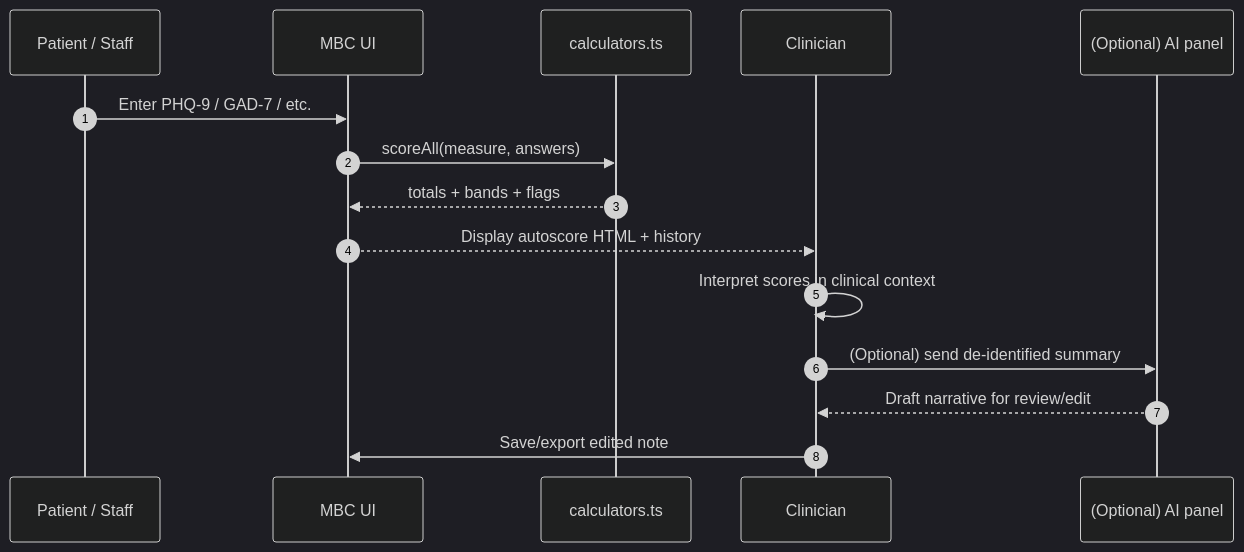
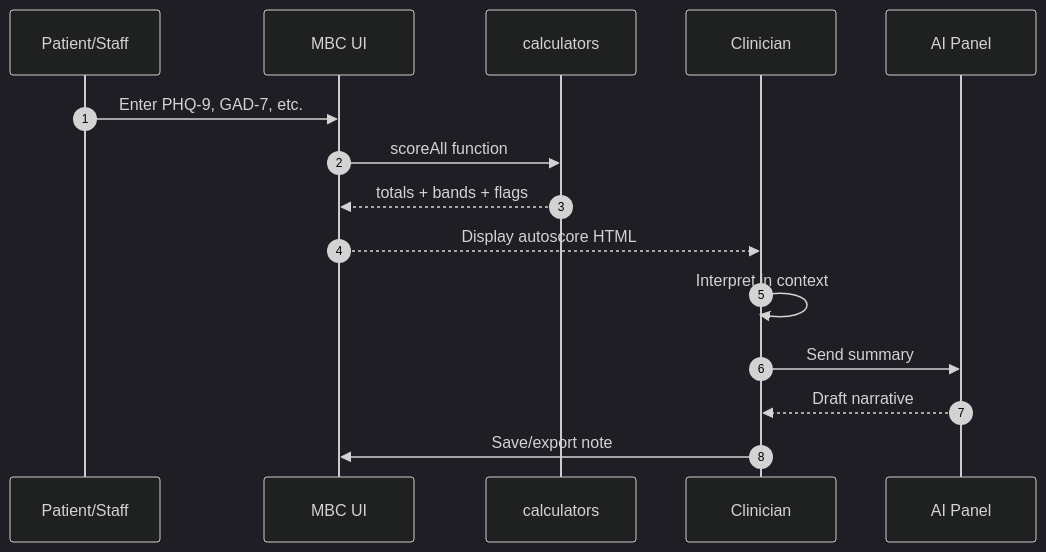
Before and after one commit to mustafaras/Synapse_IDE_PSYCHIATRY: the sixth of 16 diagrams in README.md, drawn with Mermaid (dark theme). The commit also changed other lines of this file, not shown here.

````diff
--- a/README.md
+++ b/README.md
@@ -424,18 +428,18 @@
 ```mermaid
 sequenceDiagram
   autonumber
-  participant Pt as Patient / Staff
+  participant Pt as Patient/Staff
   participant MBC as MBC UI
-  participant Calc as calculators.ts
+  participant Calc as calculators
   participant Clin as Clinician
-  participant AI as (Optional) AI panel
+  participant AI as AI Panel
 
-  Pt->>MBC: Enter PHQ‑9 / GAD‑7 / etc.
-  MBC->>Calc: scoreAll(measure, answers)
+  Pt->>MBC: Enter PHQ-9, GAD-7, etc.
+  MBC->>Calc: scoreAll function
   Calc-->>MBC: totals + bands + flags
-  MBC-->>Clin: Display autoscore HTML + history
-  Clin->>Clin: Interpret scores in clinical context
-  Clin->>AI: (Optional) send de‑identified summary
-  AI-->>Clin: Draft narrative for review/edit
-  Clin->>MBC: Save/export edited note
+  MBC-->>Clin: Display autoscore HTML
+  Clin->>Clin: Interpret in context
+  Clin->>AI: Send summary
+  AI-->>Clin: Draft narrative
+  Clin->>MBC: Save/export note
 ```
````
